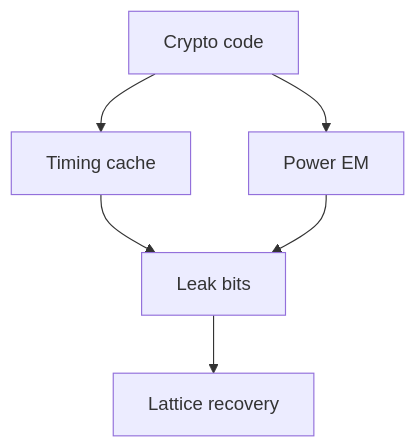
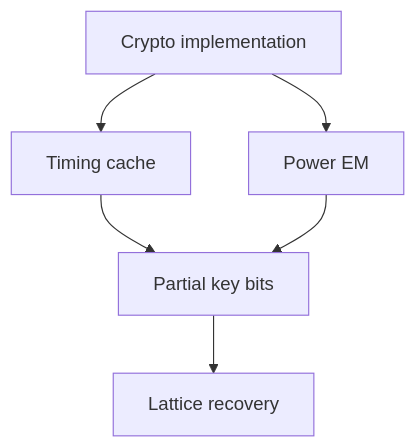
The first of 2 diagrams in manuscript/chapters/16-implementation.md (kalyogyogi-ui/Ai-check-), drawn with Mermaid before and after one commit. The commit also changed other lines of this file and 31 other files, not shown here.

First line of the commit message:
Fix figure placement: in-section after intro text, repair corrupted headings

````diff
--- a/manuscript/chapters/16-implementation.md
+++ b/manuscript/chapters/16-implementation.md
@@ -7,8 +33,8 @@
 ```mermaid
 flowchart TD
-  CODE[Crypto code] --> TIME[Timing cache]
-  CODE --> POWER[Power EM]
-  LEAK[Leak bits] --> LATTICE[Lattice recovery]
-  TIME --> LEAK
-  POWER --> LEAK
+  CODE[Crypto implementation] --> T[Timing cache]
+  CODE --> P[Power EM]
+  T --> LEAK[Partial key bits]
+  P --> LEAK
+  LEAK --> LAT[Lattice recovery]
 ```
````
